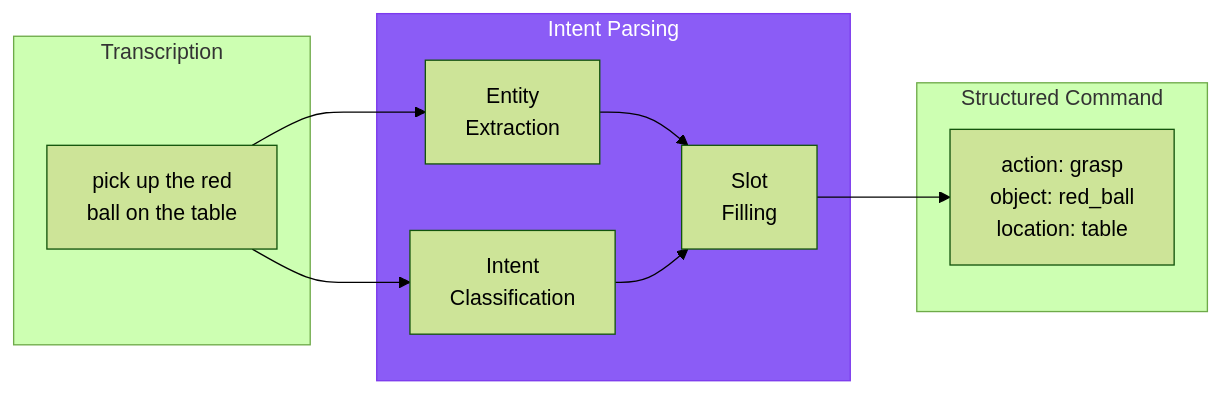
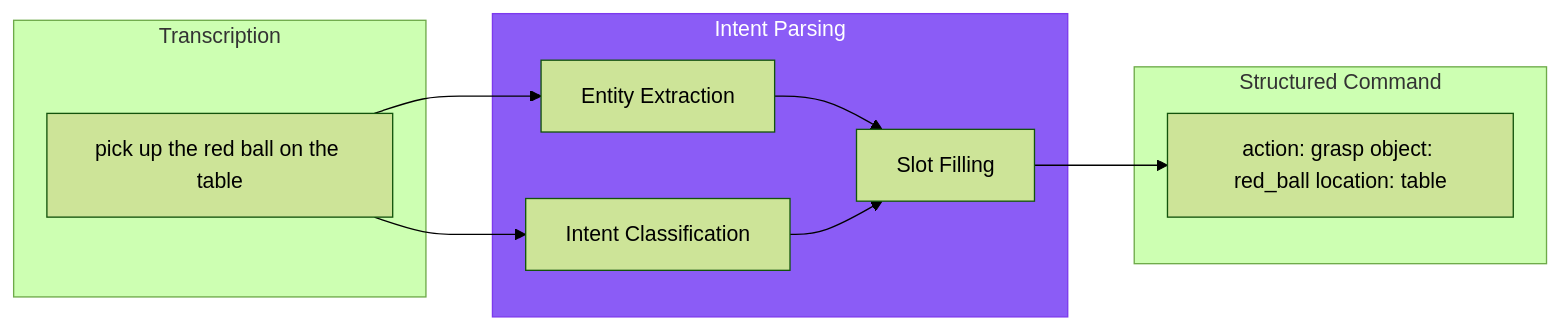
One commit to shakir-hussain1/physical-AI-and-humanoid-robotics-textbook-by-shakir-hussain changed the fourth of 5 diagrams in docs/modules/module-4-vla/chapter-14-speech.md. Above: the diagram before and after it, drawn with Mermaid (forest theme). The commit also changed other lines of this file and 17 other files, not shown here.

Commit message:
fix: Remove br tags from Mermaid diagrams causing parse errors

````diff
--- a/docs/modules/module-4-vla/chapter-14-speech.md
+++ b/docs/modules/module-4-vla/chapter-14-speech.md
@@ -500,24 +500,24 @@
 ```mermaid
 flowchart LR
     subgraph Input["Transcription"]
-        TEXT["pick up the red<br/>ball on the table"]
+        TEXT["pick up the red ball on the table"]
     end
 
     subgraph Parsing["Intent Parsing"]
-        NER[Entity<br/>Extraction]
-        INTENT[Intent<br/>Classification]
-        SLOT[Slot<br/>Filling]
+        NER[Entity Extraction]
+        INTENT[Intent Classification]
+        SLOT[Slot Filling]
     end
 
     subgraph Output["Structured Command"]
-        CMD["action: grasp<br/>object: red_ball<br/>location: table"]
+        CMD["action: grasp object: red_ball location: table"]
     end
 
     TEXT --> NER
     TEXT --> INTENT
     NER --> SLOT
     INTENT --> SLOT
     SLOT --> CMD
 
     style Parsing fill:#8b5cf6,stroke:#7c3aed,color:#fff
 ```
````
